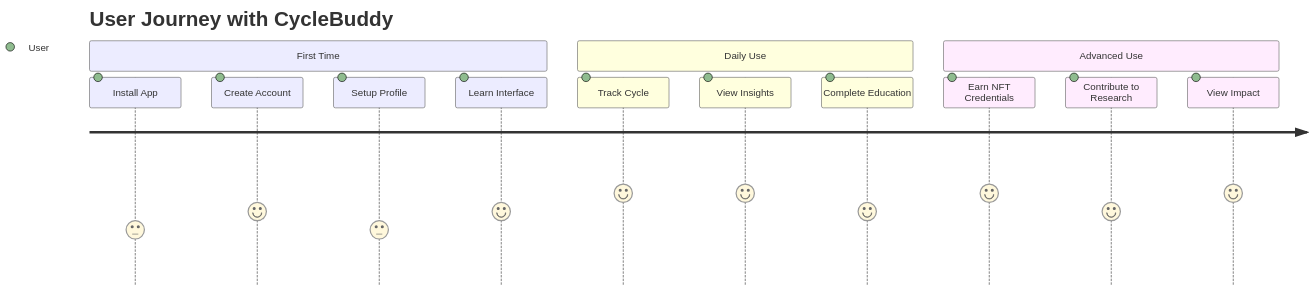
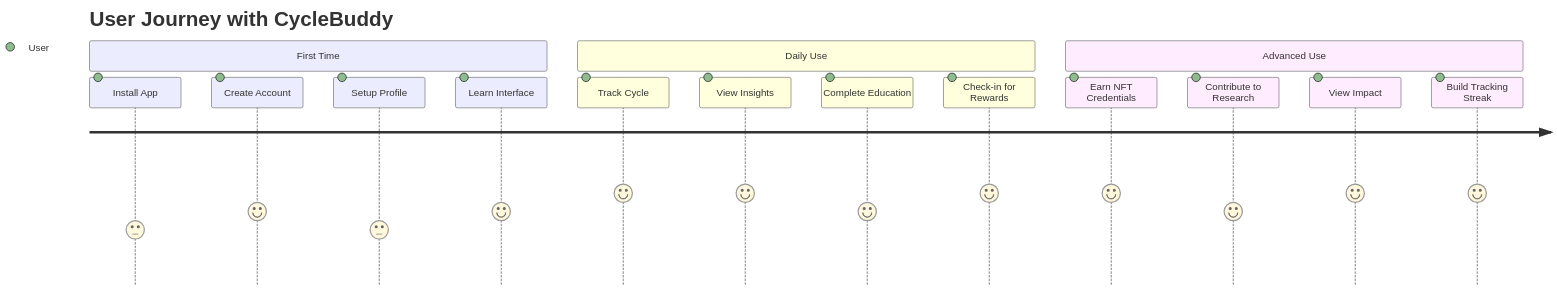
Before and after one commit to jaffarkeikei/CycleBuddy: the ninth of 9 diagrams in README.md, drawn with Mermaid. The commit also changed other lines of this file and 92 other files, not shown here.

````diff
--- a/README.md
+++ b/README.md
@@ -257,17 +301,19 @@
 ```mermaid
 journey
     title User Journey with CycleBuddy
     section First Time
         Install App: 3: User
         Create Account: 4: User
         Setup Profile: 3: User
         Learn Interface: 4: User
     section Daily Use
         Track Cycle: 5: User
         View Insights: 5: User
         Complete Education: 4: User
+        Check-in for Rewards: 5: User
     section Advanced Use
         Earn NFT Credentials: 5: User
         Contribute to Research: 4: User
         View Impact: 5: User
+        Build Tracking Streak: 5: User
 ```
````
